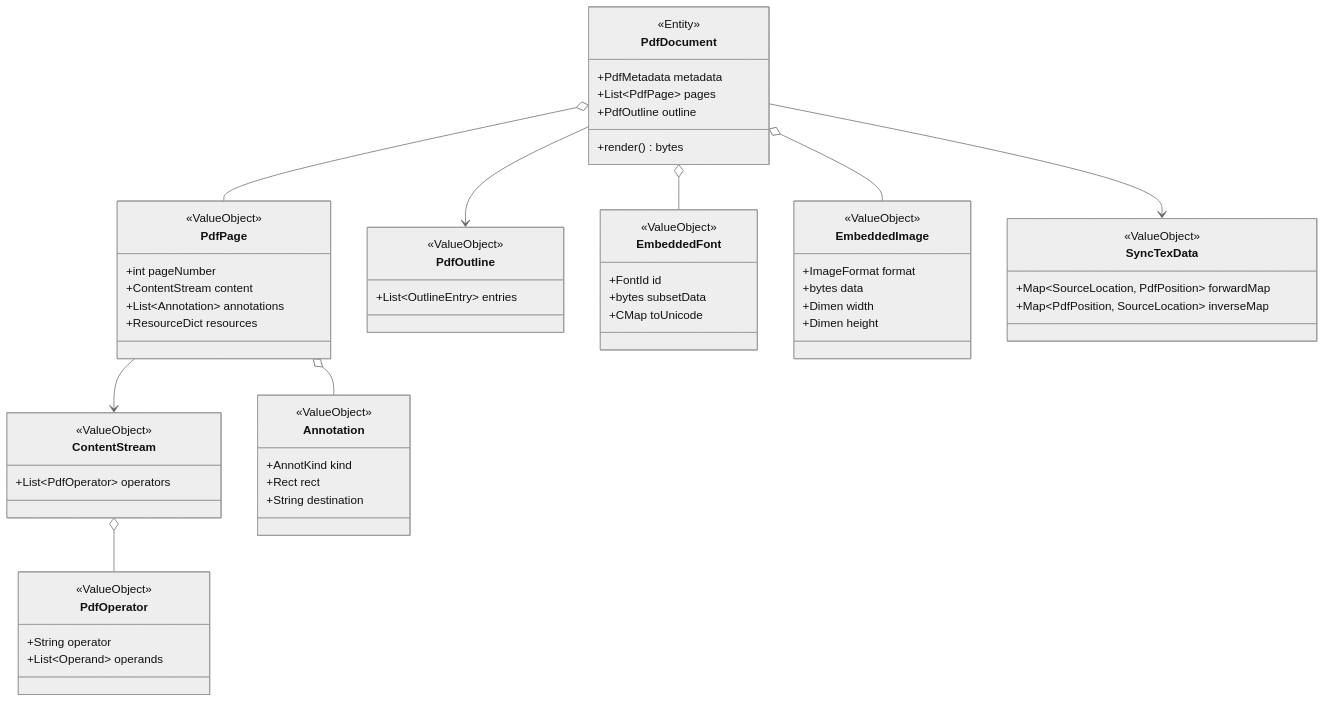
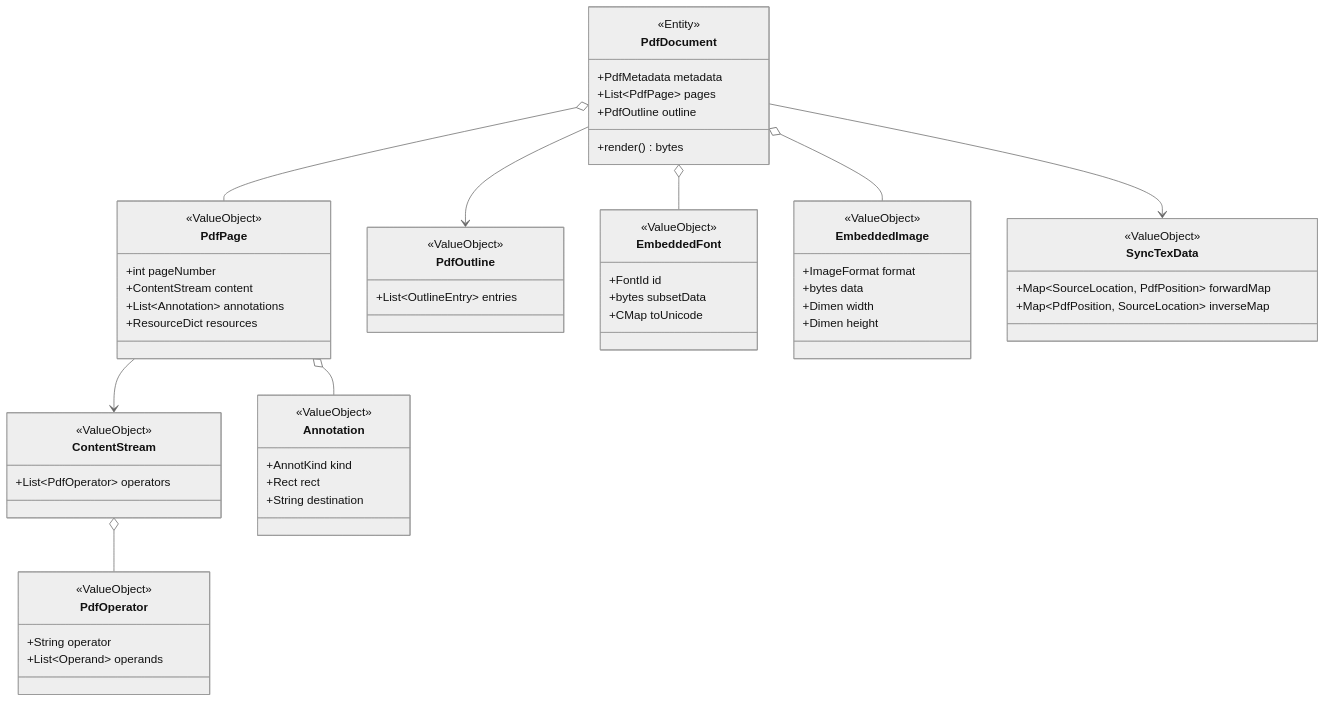
The sixth of 11 diagrams in docs/domain_model.md (RK0429/ferritex), drawn with Mermaid (neutral theme) before and after one commit. The commit also changed other lines of this file and 1 other file, not shown here.

````diff
--- a/docs/domain_model.md
+++ b/docs/domain_model.md
@@ -334,63 +510,63 @@
 ```mermaid
 classDiagram
     class PdfDocument {
         <<Entity>>
         +PdfMetadata metadata
         +List~PdfPage~ pages
         +PdfOutline outline
         +render() bytes
     }
     class PdfPage {
         <<ValueObject>>
         +int pageNumber
         +ContentStream content
         +List~Annotation~ annotations
         +ResourceDict resources
     }
     class ContentStream {
         <<ValueObject>>
         +List~PdfOperator~ operators
     }
     class PdfOperator {
         <<ValueObject>>
         +String operator
         +List~Operand~ operands
     }
     class Annotation {
         <<ValueObject>>
         +AnnotKind kind
         +Rect rect
         +String destination
     }
     class PdfOutline {
         <<ValueObject>>
         +List~OutlineEntry~ entries
     }
     class EmbeddedFont {
         <<ValueObject>>
         +FontId id
         +bytes subsetData
         +CMap toUnicode
     }
     class EmbeddedImage {
         <<ValueObject>>
         +ImageFormat format
         +bytes data
         +Dimen width
         +Dimen height
     }
     class SyncTexData {
         <<ValueObject>>
-        +Map~SourceLocation‚ PdfPosition~ forwardMap
-        +Map~PdfPosition‚ SourceLocation~ inverseMap
+        +Map~SourceLocation, PdfPosition~ forwardMap
+        +Map~PdfPosition, SourceLocation~ inverseMap
     }
 
     PdfDocument o-- PdfPage
     PdfDocument --> PdfOutline
     PdfDocument --> SyncTexData
     PdfPage --> ContentStream
     PdfPage o-- Annotation
     ContentStream o-- PdfOperator
     PdfDocument o-- EmbeddedFont
     PdfDocument o-- EmbeddedImage
 ```
````
